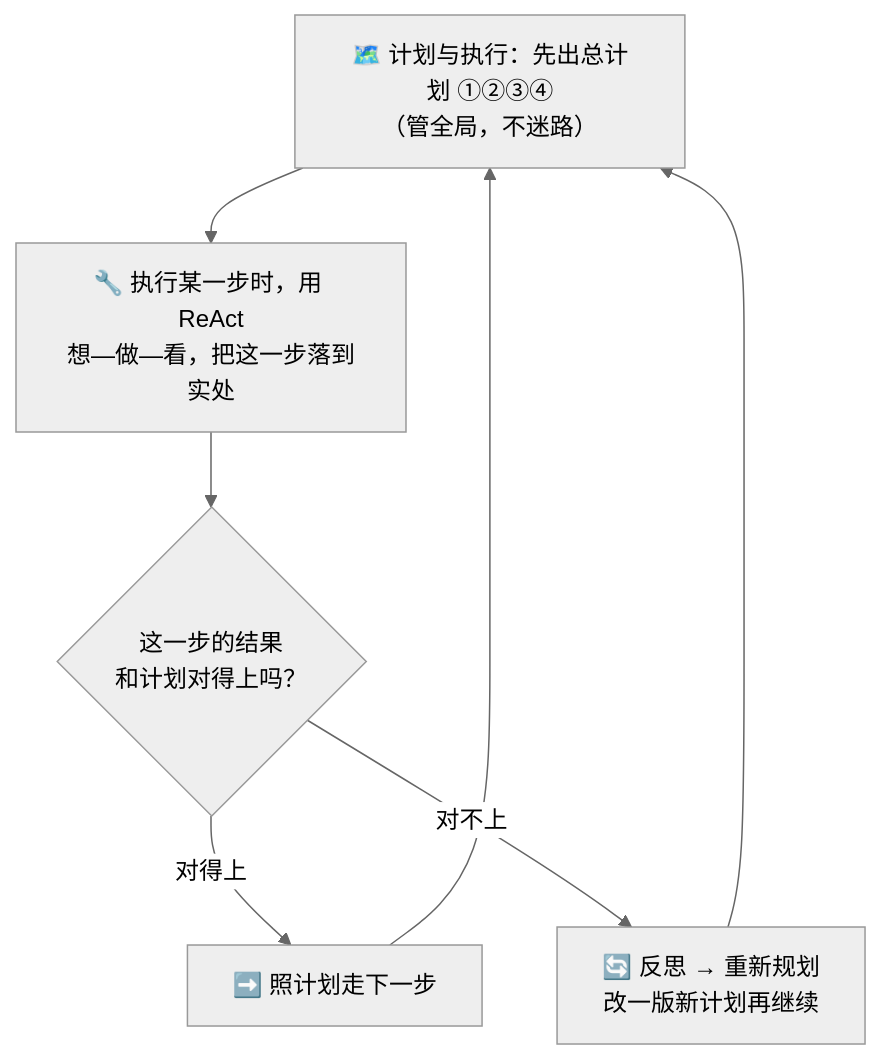
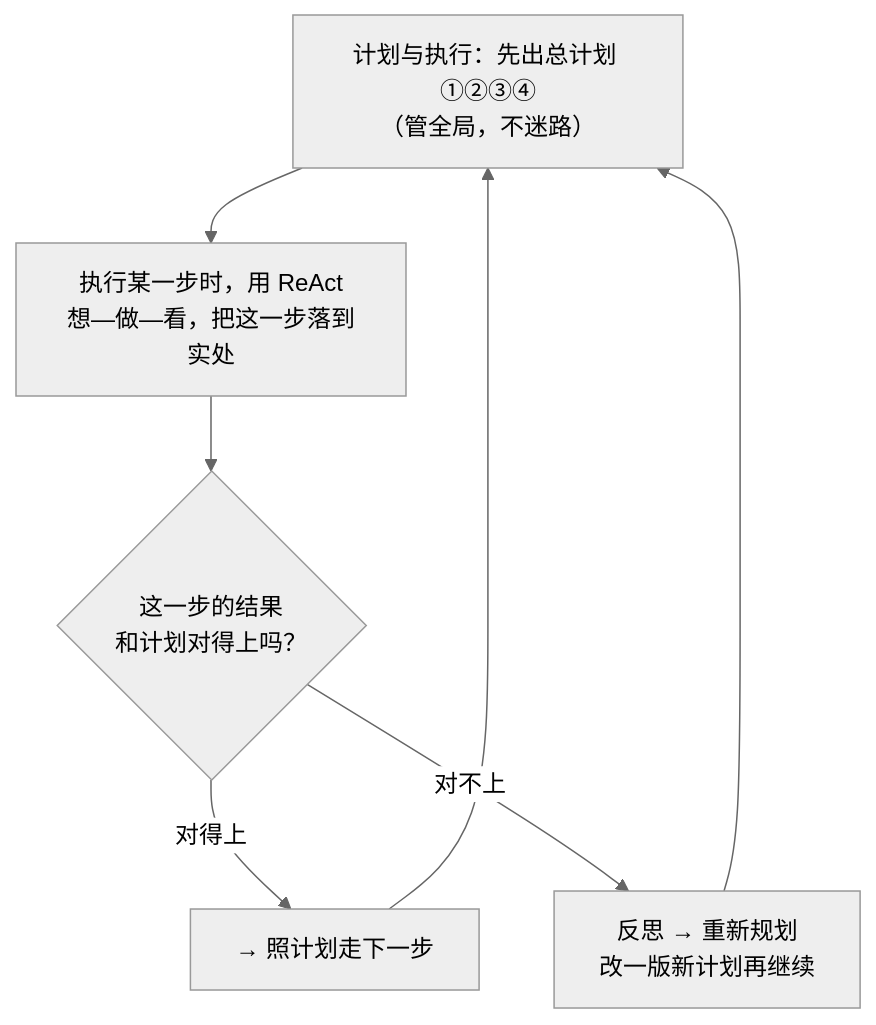
One commit to luckykhy/KhyAiHub changed the third of 5 diagrams in docs/02_CONCEPTS_概念入门/CONCEPT/[CONCEPT-23] 什么是计划与执行-PlanAndExecute.md. Above: the diagram before and after it, drawn with Mermaid (neutral theme). The commit also changed other lines of this file, not shown here.

````diff
--- a/docs/02_CONCEPTS_概念入门/CONCEPT/[CONCEPT-23] 什么是计划与执行-PlanAndExecute.md
+++ b/docs/02_CONCEPTS_概念入门/CONCEPT/[CONCEPT-23] 什么是计划与执行-PlanAndExecute.md
@@ -129,10 +129,10 @@
 ```mermaid
 flowchart TB
-  PLAN["🗺️ 计划与执行：先出总计划 ①②③④<br/>（管全局，不迷路）"]
-  PLAN --> STEP["🔧 执行某一步时，用 ReAct<br/>想—做—看，把这一步落到实处"]
+  PLAN["计划与执行：先出总计划 ①②③④<br/>（管全局，不迷路）"]
+  PLAN --> STEP["执行某一步时，用 ReAct<br/>想—做—看，把这一步落到实处"]
   STEP --> CHECK{"这一步的结果<br/>和计划对得上吗？"}
-  CHECK -->|"对得上"| NEXT["➡️ 照计划走下一步"]
-  CHECK -->|"对不上"| REPLAN["🔄 反思 → 重新规划<br/>改一版新计划再继续"]
+  CHECK -->|"对得上"| NEXT["→ 照计划走下一步"]
+  CHECK -->|"对不上"| REPLAN["反思 → 重新规划<br/>改一版新计划再继续"]
   REPLAN --> PLAN
   NEXT --> PLAN
 ```
````
